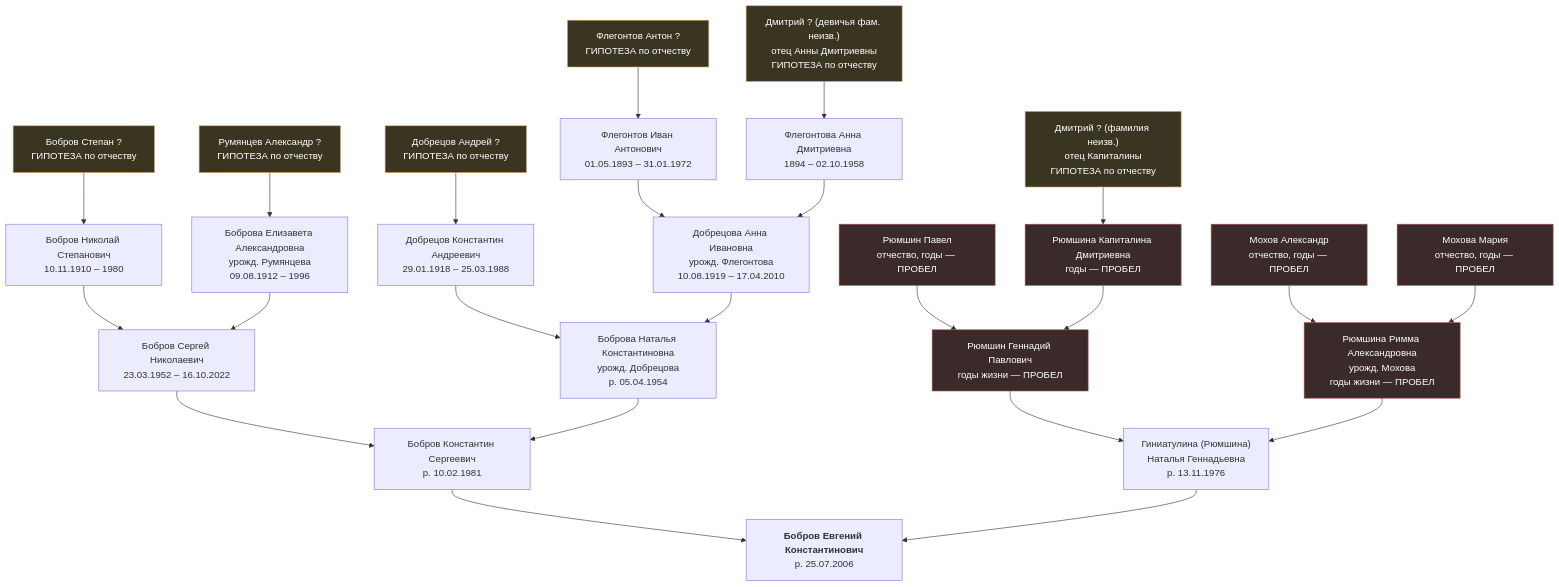
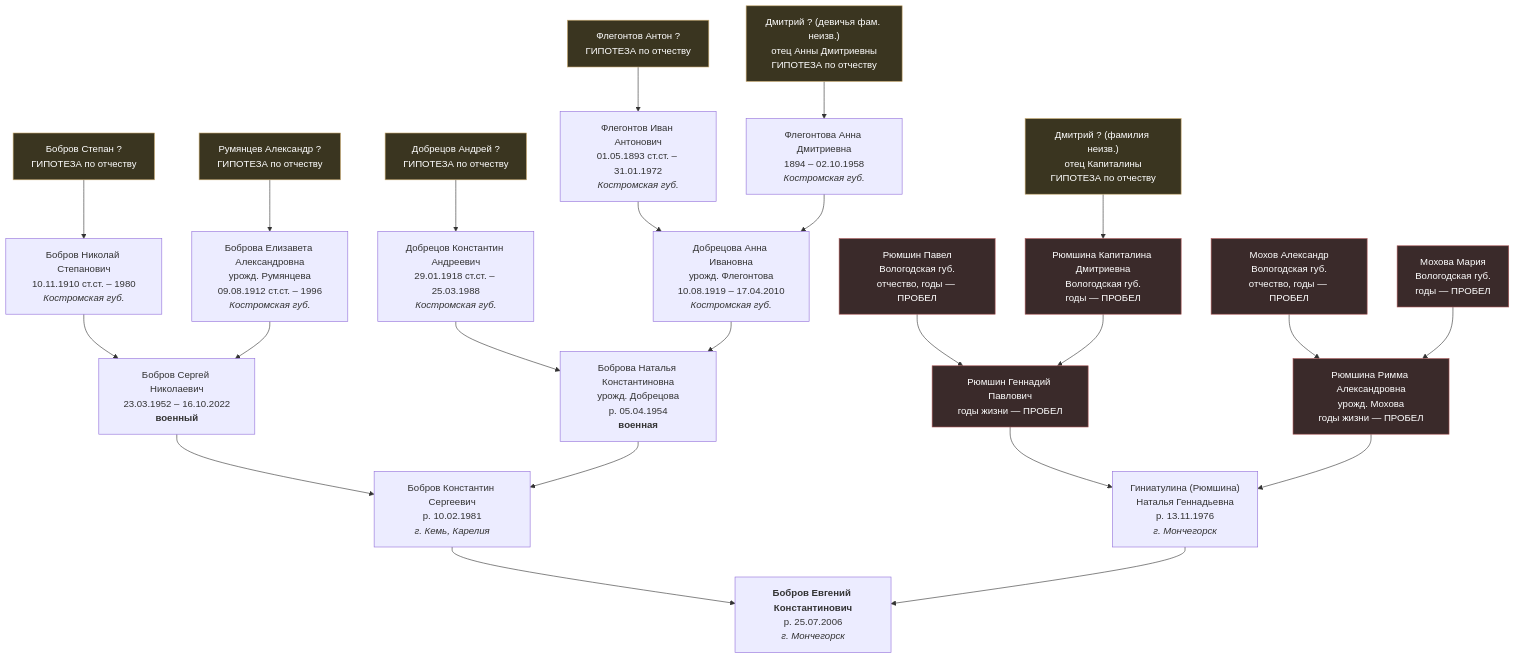
Before and after one commit to evgenii-yps/derevomyfam: the diagram in tree/tree.md, drawn with Mermaid. The commit also changed other lines of this file and 33 other files, not shown here.

````diff
--- a/tree/tree.md
+++ b/tree/tree.md
@@ -11,61 +39,61 @@
 ```mermaid
 graph TD
   classDef gap fill:#3a2a2a,stroke:#a55,color:#fff;
   classDef hyp fill:#3a3520,stroke:#c8a96e,color:#fff;
 
-  EV["<b>Бобров Евгений Константинович</b><br/>р. 25.07.2006"]
+  EV["<b>Бобров Евгений Константинович</b><br/>р. 25.07.2006<br/><i>г. Мончегорск</i>"]
 
-  F["Бобров Константин Сергеевич<br/>р. 10.02.1981"]
-  M["Гиниатулина (Рюмшина)<br/>Наталья Геннадьевна<br/>р. 13.11.1976"]
+  F["Бобров Константин Сергеевич<br/>р. 10.02.1981<br/><i>г. Кемь, Карелия</i>"]
+  M["Гиниатулина (Рюмшина)<br/>Наталья Геннадьевна<br/>р. 13.11.1976<br/><i>г. Мончегорск</i>"]
   F --> EV
   M --> EV
 
-  FF["Бобров Сергей Николаевич<br/>23.03.1952 – 16.10.2022"]
-  FM["Боброва Наталья Константиновна<br/>урожд. Добрецова<br/>р. 05.04.1954"]
+  FF["Бобров Сергей Николаевич<br/>23.03.1952 – 16.10.2022<br/><b>военный</b>"]
+  FM["Боброва Наталья Константиновна<br/>урожд. Добрецова<br/>р. 05.04.1954<br/><b>военная</b>"]
   FF --> F
   FM --> F
 
   MF["Рюмшин Геннадий Павлович<br/>годы жизни — ПРОБЕЛ"]:::gap
   MM["Рюмшина Римма Александровна<br/>урожд. Мохова<br/>годы жизни — ПРОБЕЛ"]:::gap
   MF --> M
   MM --> M
 
-  FFF["Бобров Николай Степанович<br/>10.11.1910 – 1980"]
-  FFM["Боброва Елизавета Александровна<br/>урожд. Румянцева<br/>09.08.1912 – 1996"]
+  FFF["Бобров Николай Степанович<br/>10.11.1910 ст.ст. – 1980<br/><i>Костромская губ.</i>"]
+  FFM["Боброва Елизавета Александровна<br/>урожд. Румянцева<br/>09.08.1912 ст.ст. – 1996<br/><i>Костромская губ.</i>"]
   FFF --> FF
   FFM --> FF
 
-  FMF["Добрецов Константин Андреевич<br/>29.01.1918 – 25.03.1988"]
-  FMM["Добрецова Анна Ивановна<br/>урожд. Флегонтова<br/>10.08.1919 – 17.04.2010"]
+  FMF["Добрецов Константин Андреевич<br/>29.01.1918 ст.ст. – 25.03.1988<br/><i>Костромская губ.</i>"]
+  FMM["Добрецова Анна Ивановна<br/>урожд. Флегонтова<br/>10.08.1919 – 17.04.2010<br/><i>Костромская губ.</i>"]
   FMF --> FM
   FMM --> FM
 
-  MFF["Рюмшин Павел<br/>отчество, годы — ПРОБЕЛ"]:::gap
-  MFM["Рюмшина Капиталина Дмитриевна<br/>годы — ПРОБЕЛ"]:::gap
+  MFF["Рюмшин Павел<br/>Вологодская губ.<br/>отчество, годы — ПРОБЕЛ"]:::gap
+  MFM["Рюмшина Капиталина Дмитриевна<br/>Вологодская губ.<br/>годы — ПРОБЕЛ"]:::gap
   MFF --> MF
   MFM --> MF
 
-  MMF["Мохов Александр<br/>отчество, годы — ПРОБЕЛ"]:::gap
-  MMM["Мохова Мария<br/>отчество, годы — ПРОБЕЛ"]:::gap
+  MMF["Мохов Александр<br/>Вологодская губ.<br/>отчество, годы — ПРОБЕЛ"]:::gap
+  MMM["Мохова Мария<br/>Вологодская губ.<br/>годы — ПРОБЕЛ"]:::gap
   MMF --> MM
   MMM --> MM
 
-  FL1["Флегонтов Иван Антонович<br/>01.05.1893 – 31.01.1972"]
-  FL2["Флегонтова Анна Дмитриевна<br/>1894 – 02.10.1958"]
+  FL1["Флегонтов Иван Антонович<br/>01.05.1893 ст.ст. – 31.01.1972<br/><i>Костромская губ.</i>"]
+  FL2["Флегонтова Анна Дмитриевна<br/>1894 – 02.10.1958<br/><i>Костромская губ.</i>"]
   FL1 --> FMM
   FL2 --> FMM
 
   ANT["Флегонтов Антон ?<br/>ГИПОТЕЗА по отчеству"]:::hyp
   ANT --> FL1
 
   ST["Бобров Степан ?<br/>ГИПОТЕЗА по отчеству"]:::hyp
   ST --> FFF
   RUM["Румянцев Александр ?<br/>ГИПОТЕЗА по отчеству"]:::hyp
   RUM --> FFM
   AND["Добрецов Андрей ?<br/>ГИПОТЕЗА по отчеству"]:::hyp
   AND --> FMF
   DMI["Дмитрий ? (фамилия неизв.)<br/>отец Капиталины<br/>ГИПОТЕЗА по отчеству"]:::hyp
   DMI --> MFM
   DMI2["Дмитрий ? (девичья фам. неизв.)<br/>отец Анны Дмитриевны<br/>ГИПОТЕЗА по отчеству"]:::hyp
   DMI2 --> FL2
 ```
````
